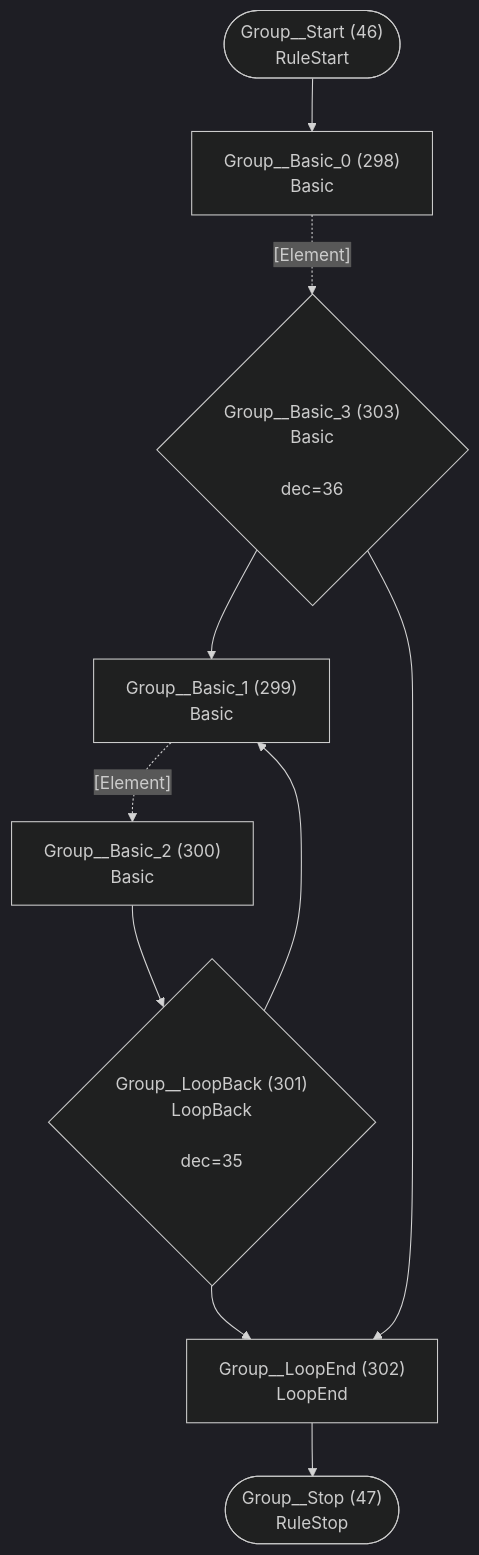
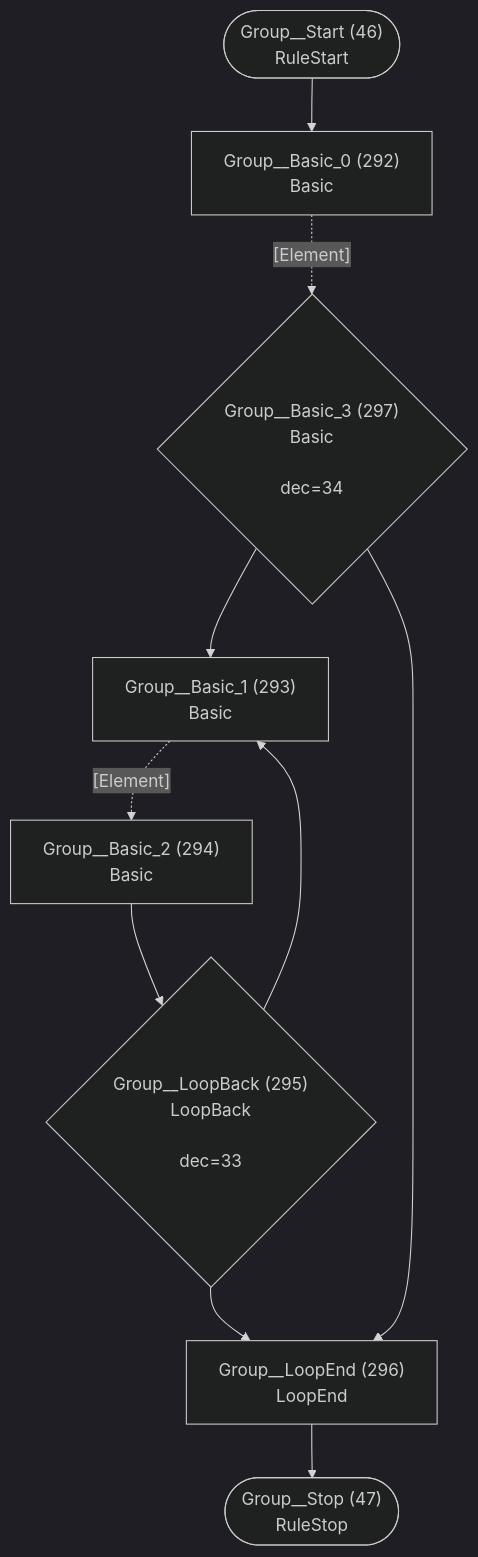
One commit to TypeFox/fastbelt changed diagram 24 of 40 in internal/grammar/atn.md. Above: the diagram before and after it, drawn with Mermaid (dark theme). The commit also changed other lines of this file and 12 other files, not shown here.

````diff
--- a/internal/grammar/atn.md
+++ b/internal/grammar/atn.md
@@ -719,21 +705,21 @@
 ```mermaid
 flowchart TD
     q46(["Group__Start (46)<br/>RuleStart"])
     q47(["Group__Stop (47)<br/>RuleStop"])
-    q298["Group__Basic_0 (298)<br/>Basic<br/>"]
-    q299["Group__Basic_1 (299)<br/>Basic<br/>"]
-    q300["Group__Basic_2 (300)<br/>Basic<br/>"]
-    q301{"Group__LoopBack (301)<br/>LoopBack<br/><br/>dec=35"}
-    q302["Group__LoopEnd (302)<br/>LoopEnd<br/>"]
-    q303{"Group__Basic_3 (303)<br/>Basic<br/><br/>dec=36"}
+    q292["Group__Basic_0 (292)<br/>Basic<br/>"]
+    q293["Group__Basic_1 (293)<br/>Basic<br/>"]
+    q294["Group__Basic_2 (294)<br/>Basic<br/>"]
+    q295{"Group__LoopBack (295)<br/>LoopBack<br/><br/>dec=33"}
+    q296["Group__LoopEnd (296)<br/>LoopEnd<br/>"]
+    q297{"Group__Basic_3 (297)<br/>Basic<br/><br/>dec=34"}
 
-    q46 --> q298
-    q298 -.->|"[Element]"| q303
-    q299 -.->|"[Element]"| q300
-    q300 --> q301
-    q301 --> q299
-    q301 --> q302
-    q302 --> q47
-    q303 --> q299
-    q303 --> q302
+    q46 --> q292
+    q292 -.->|"[Element]"| q297
+    q293 -.->|"[Element]"| q294
+    q294 --> q295
+    q295 --> q293
+    q295 --> q296
+    q296 --> q47
+    q297 --> q293
+    q297 --> q296
 ```
````
